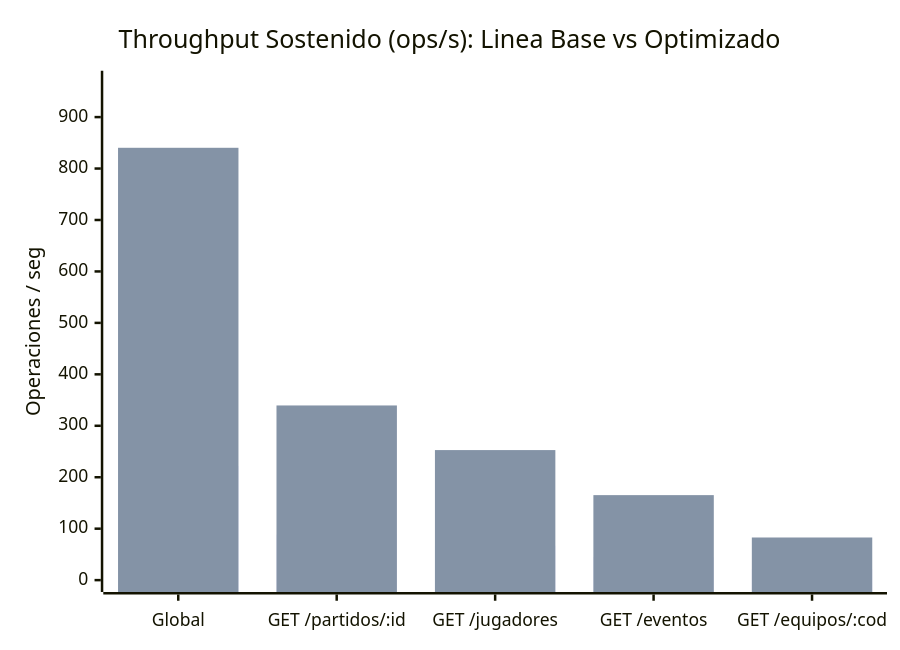
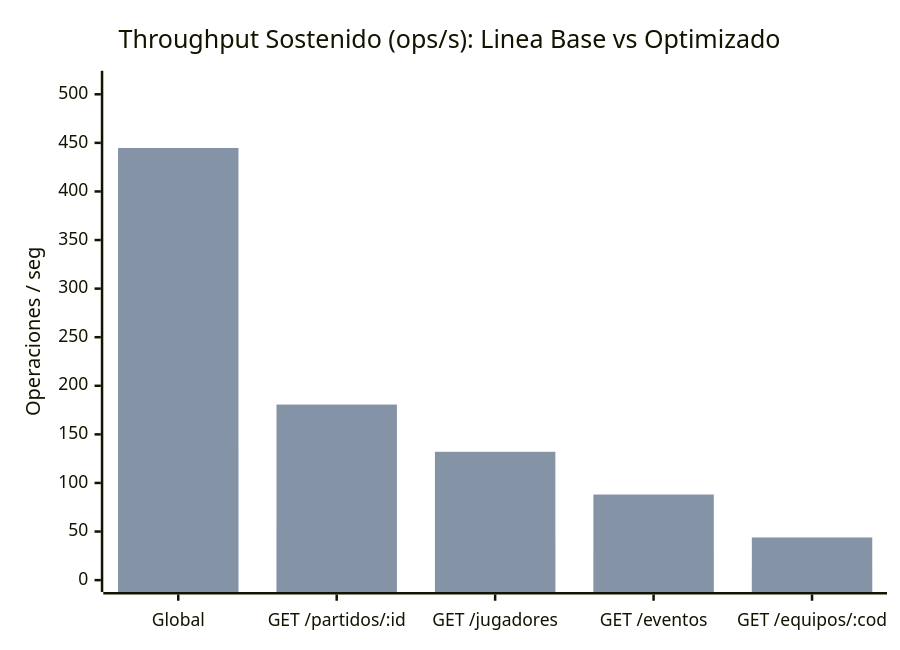
The second of 2 diagrams in hito-12-carga-optimizacion/docs/evidencia/tablas_o_graficos.md (BrianValente/uade-tpo-ingenieria-de-datos-ii-fixture), drawn with Mermaid before and after one commit. The commit also changed other lines of this file and 12 other files, not shown here.

````diff
--- a/hito-12-carga-optimizacion/docs/evidencia/tablas_o_graficos.md
+++ b/hito-12-carga-optimizacion/docs/evidencia/tablas_o_graficos.md
@@ -74,8 +77,8 @@
 ```mermaid
 xychart-beta
     title "Throughput Sostenido (ops/s): Linea Base vs Optimizado"
     x-axis ["Global", "GET /partidos/:id", "GET /jugadores", "GET /eventos", "GET /equipos/:cod"]
-    y-axis "Operaciones / seg" 0 --> 967
-    bar [221.85, 88.83, 66.98, 44.63, 21.42]
-    bar [840.34, 339.5, 252.77, 165.21, 82.86]
+    y-axis "Operaciones / seg" 0 --> 512
+    bar [138.46, 56.02, 41.35, 28.48, 12.62]
+    bar [444.76, 180.67, 132.07, 88.09, 43.92]
 ```
````
